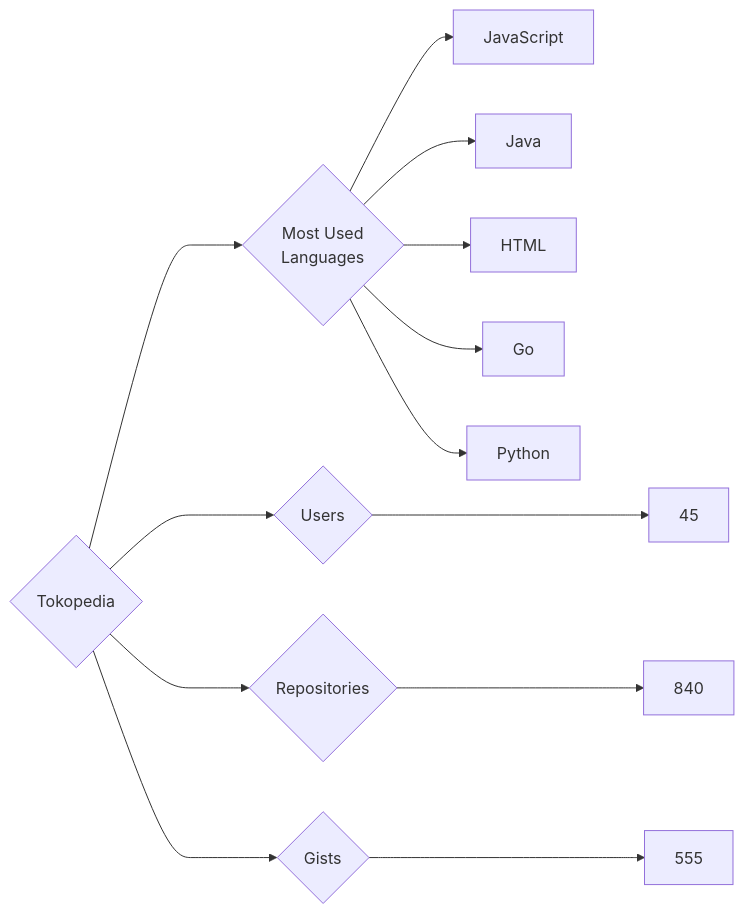
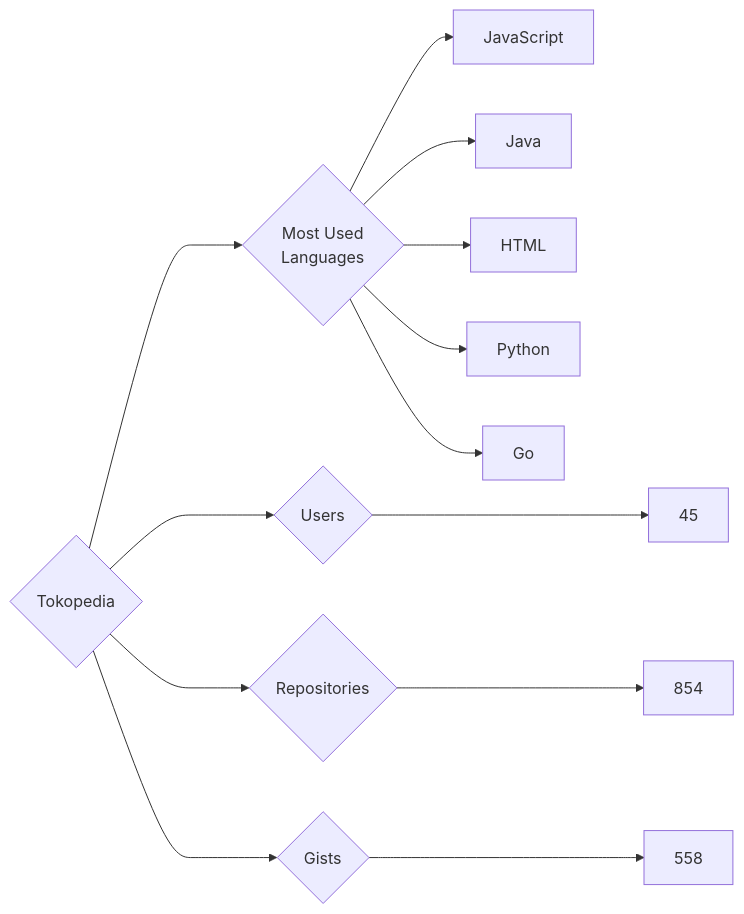
The diagram in targets/Tokopedia/README.md (trickest/insiders), drawn with Mermaid before and after one commit. The commit also changed 851 other files, not shown here.

````diff
--- a/targets/Tokopedia/README.md
+++ b/targets/Tokopedia/README.md
@@ -3,13 +3,13 @@
 ```mermaid
 graph LR
 COMPANY_NAME{Tokopedia}
 COMPANY_NAME ---> U{Users} ---> UN[45]
-COMPANY_NAME ---> R{Repositories} ---> RN[840]
-COMPANY_NAME ---> G{Gists} ---> GN[555]
+COMPANY_NAME ---> R{Repositories} ---> RN[854]
+COMPANY_NAME ---> G{Gists} ---> GN[558]
 COMPANY_NAME ---> ML{Most Used<br>Languages}
 ML --> JavaScript[JavaScript]
 ML --> Java[Java]
 ML --> HTML[HTML]
+ML --> Python[Python]
 ML --> Go[Go]
-ML --> Python[Python]
 ```
````
